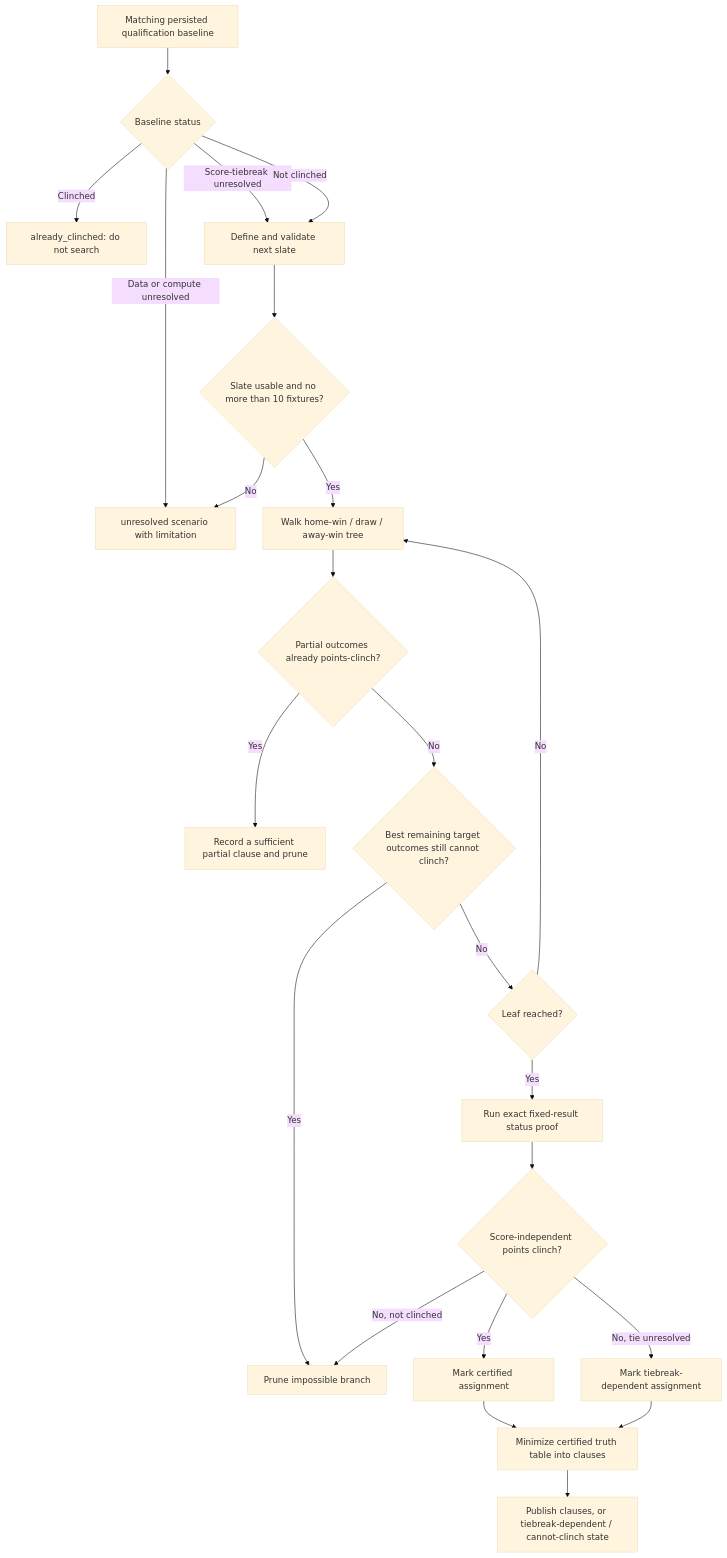
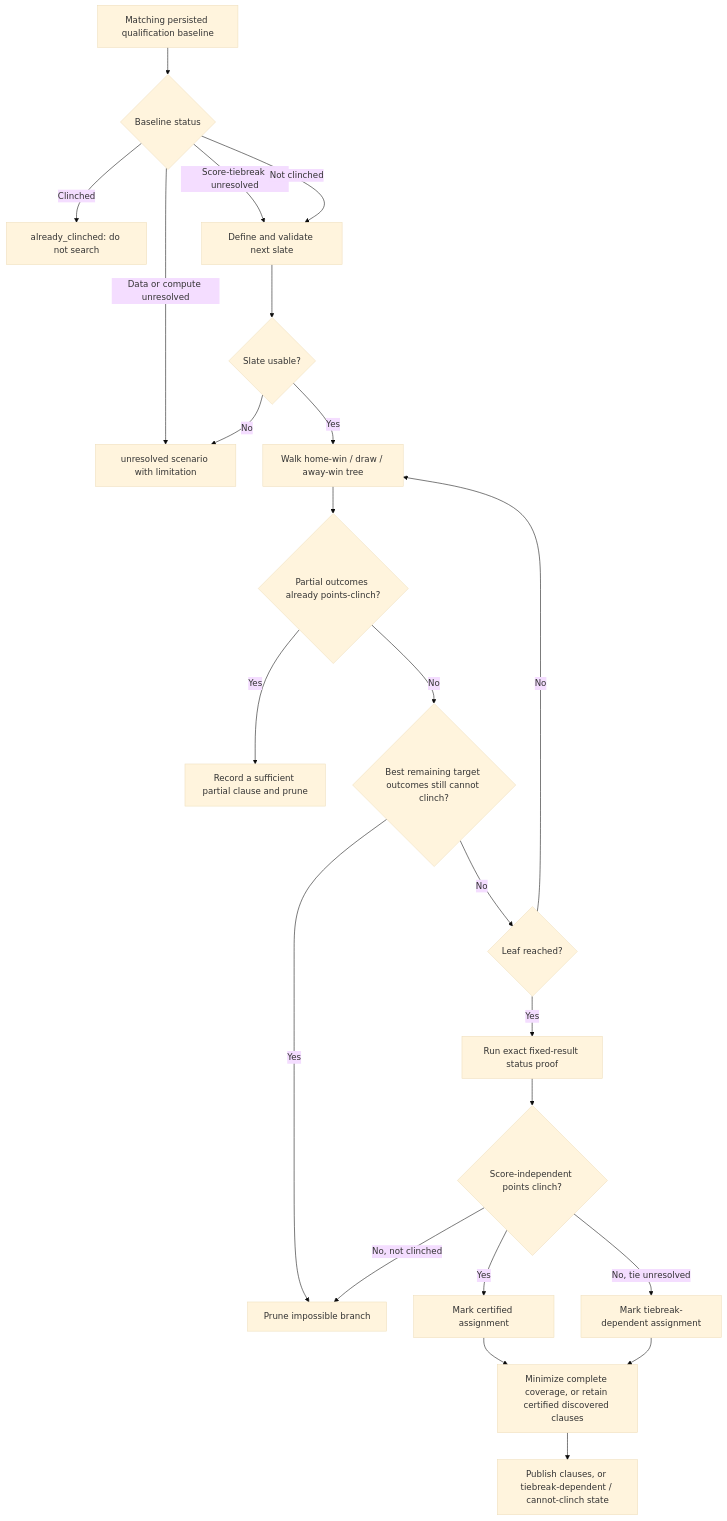
Before and after one commit to jrduncans/nwsl-season: the fifth of 5 diagrams in docs/clinching-logic-guide.md, drawn with Mermaid (base theme). The commit also changed other lines of this file and 11 other files, not shown here.

````diff
--- a/docs/clinching-logic-guide.md
+++ b/docs/clinching-logic-guide.md
@@ -236,25 +239,25 @@
 ```mermaid
 flowchart TD
     A["Matching persisted qualification baseline"] --> B{"Baseline status"}
     B -->|Clinched| C["already_clinched: do not search"]
     B -->|Data or compute unresolved| D["unresolved scenario with limitation"]
     B -->|Score-tiebreak unresolved| E["Define and validate next slate"]
     B -->|Not clinched| E["Define and validate next slate"]
-    E --> F{"Slate usable and no more than 10 fixtures?"}
+    E --> F{"Slate usable?"}
     F -->|No| D
     F -->|Yes| G["Walk home-win / draw / away-win tree"]
     G --> H{"Partial outcomes already points-clinch?"}
     H -->|Yes| I["Record a sufficient partial clause and prune"]
     H -->|No| J{"Best remaining target outcomes still cannot clinch?"}
     J -->|Yes| K["Prune impossible branch"]
     J -->|No| L{"Leaf reached?"}
     L -->|No| G
     L -->|Yes| M["Run exact fixed-result status proof"]
     M --> N{"Score-independent points clinch?"}
     N -->|Yes| O["Mark certified assignment"]
     N -->|No, tie unresolved| P["Mark tiebreak-dependent assignment"]
     N -->|No, not clinched| K
-    O --> Q["Minimize certified truth table into clauses"]
+    O --> Q["Minimize complete coverage, or retain certified discovered clauses"]
     P --> Q
     Q --> R["Publish clauses, or tiebreak-dependent / cannot-clinch state"]
 ```
````
